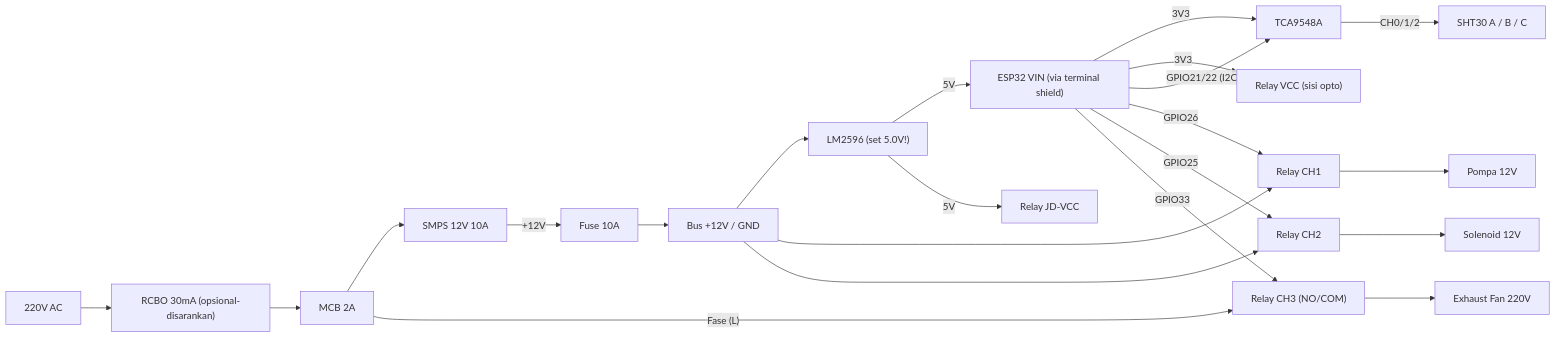
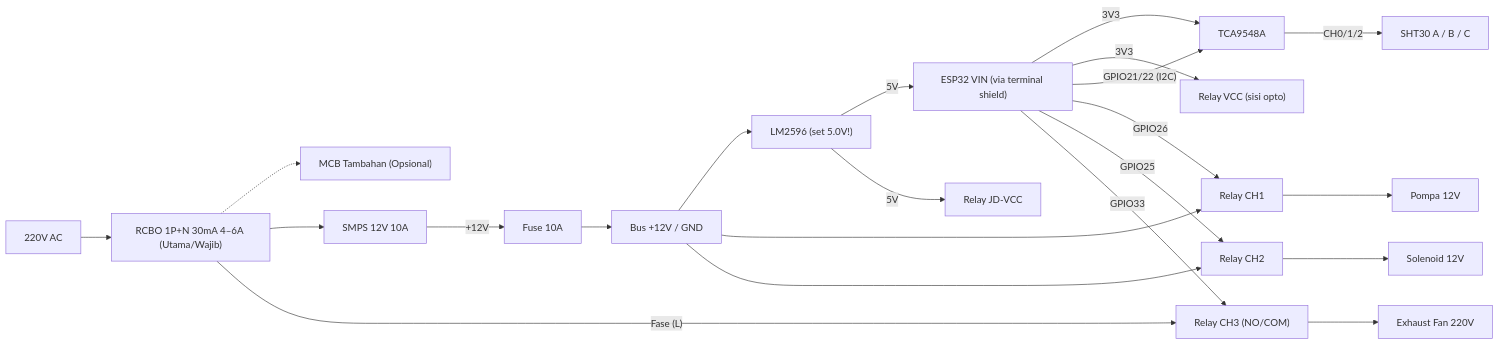
One commit to Kaz0342/TA changed the diagram in docs/teknis-iot/rancangan_hardware_kumbung.md. Above: the diagram before and after it, drawn with Mermaid. The commit also changed other lines of this file and 8 other files, not shown here.

````diff
--- a/docs/teknis-iot/rancangan_hardware_kumbung.md
+++ b/docs/teknis-iot/rancangan_hardware_kumbung.md
@@ -152,20 +152,21 @@
 ```mermaid
 flowchart LR
-    AC["220V AC"] --> ELCB["RCBO 30mA (opsional-disarankan)"] --> MCB["MCB 2A"]
-    MCB --> SMPS["SMPS 12V 10A"]
-    MCB -- "Fase (L)" --> R3["Relay CH3 (NO/COM)"]
+    AC["220V AC"] --> RCBO["RCBO 1P+N 30mA 4–6A (Utama/Wajib)"]
+    RCBO -.-> MCB["MCB Tambahan (Opsional)"]
+    RCBO --> SMPS["SMPS 12V 10A"]
+    RCBO -- "Fase (L)" --> R3["Relay CH3 (NO/COM)"]
     SMPS -- "+12V" --> FUSE["Fuse 10A"] --> BUS["Bus +12V / GND"]
     BUS --> BUCK["LM2596 (set 5.0V!)"]
     BUCK -- "5V" --> ESP["ESP32 VIN (via terminal shield)"]
     BUCK -- "5V" --> JD["Relay JD-VCC"]
     ESP -- "3V3" --> TCA["TCA9548A"]
     ESP -- "3V3" --> RVCC["Relay VCC (sisi opto)"]
     ESP -- "GPIO21/22 (I2C)" --> TCA
     TCA -- "CH0/1/2" --> S["SHT30 A / B / C"]
     ESP -- "GPIO26" --> R1["Relay CH1"]
     ESP -- "GPIO25" --> R2["Relay CH2"]
     ESP -- "GPIO33" --> R3
     BUS --> R1 --> PUMP["Pompa 12V"]
     BUS --> R2 --> SOL["Solenoid 12V"]
     R3 --> FAN["Exhaust Fan 220V"]
 ```
````
